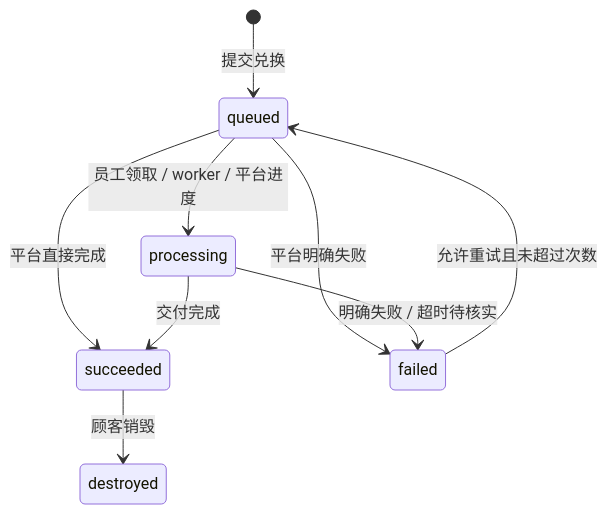
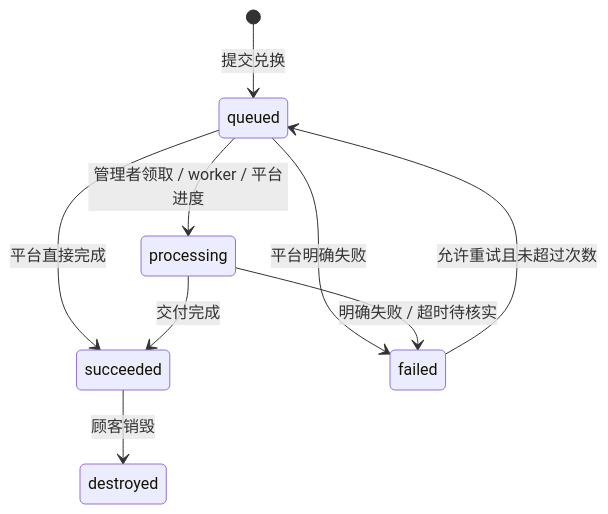
One commit to TokenNotIncluded/extore changed the diagram in docs/protocol.md. Above: the diagram before and after it, drawn with Mermaid. The commit also changed other lines of this file and 28 other files, not shown here.

````diff
--- a/docs/protocol.md
+++ b/docs/protocol.md
@@ -7,11 +7,11 @@
 ```mermaid
 stateDiagram-v2
   [*] --> queued: 提交兑换
-  queued --> processing: 员工领取 / worker / 平台进度
+  queued --> processing: 管理者领取 / worker / 平台进度
   queued --> succeeded: 平台直接完成
   queued --> failed: 平台明确失败
   processing --> succeeded: 交付完成
   processing --> failed: 明确失败 / 超时待核实
   failed --> queued: 允许重试且未超过次数
   succeeded --> destroyed: 顾客销毁
 ```
````
